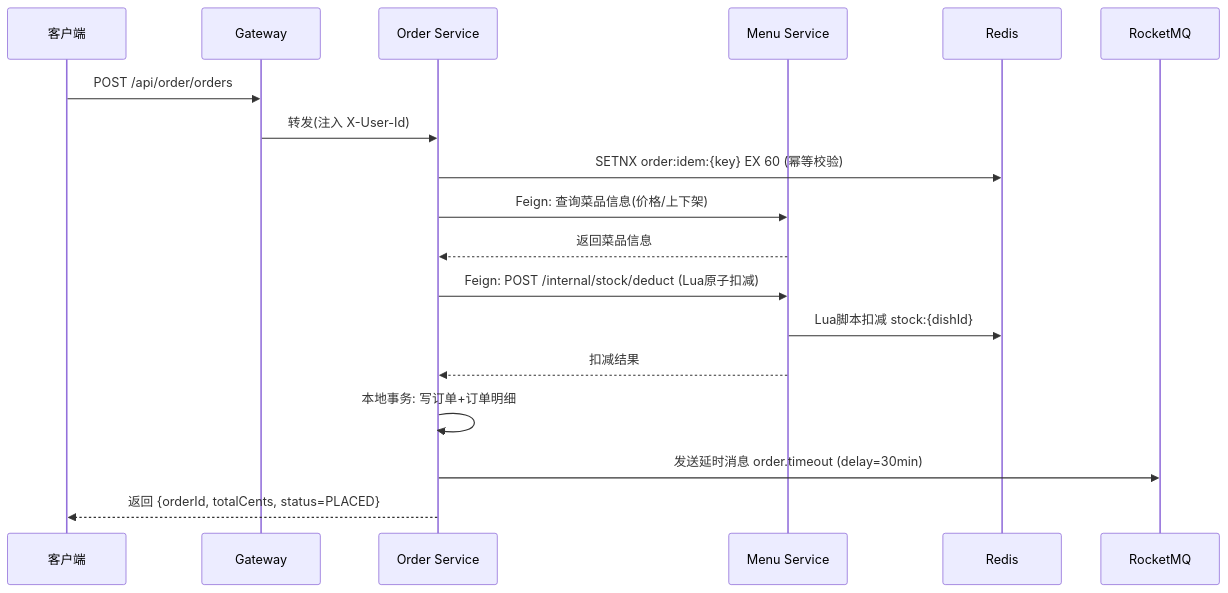
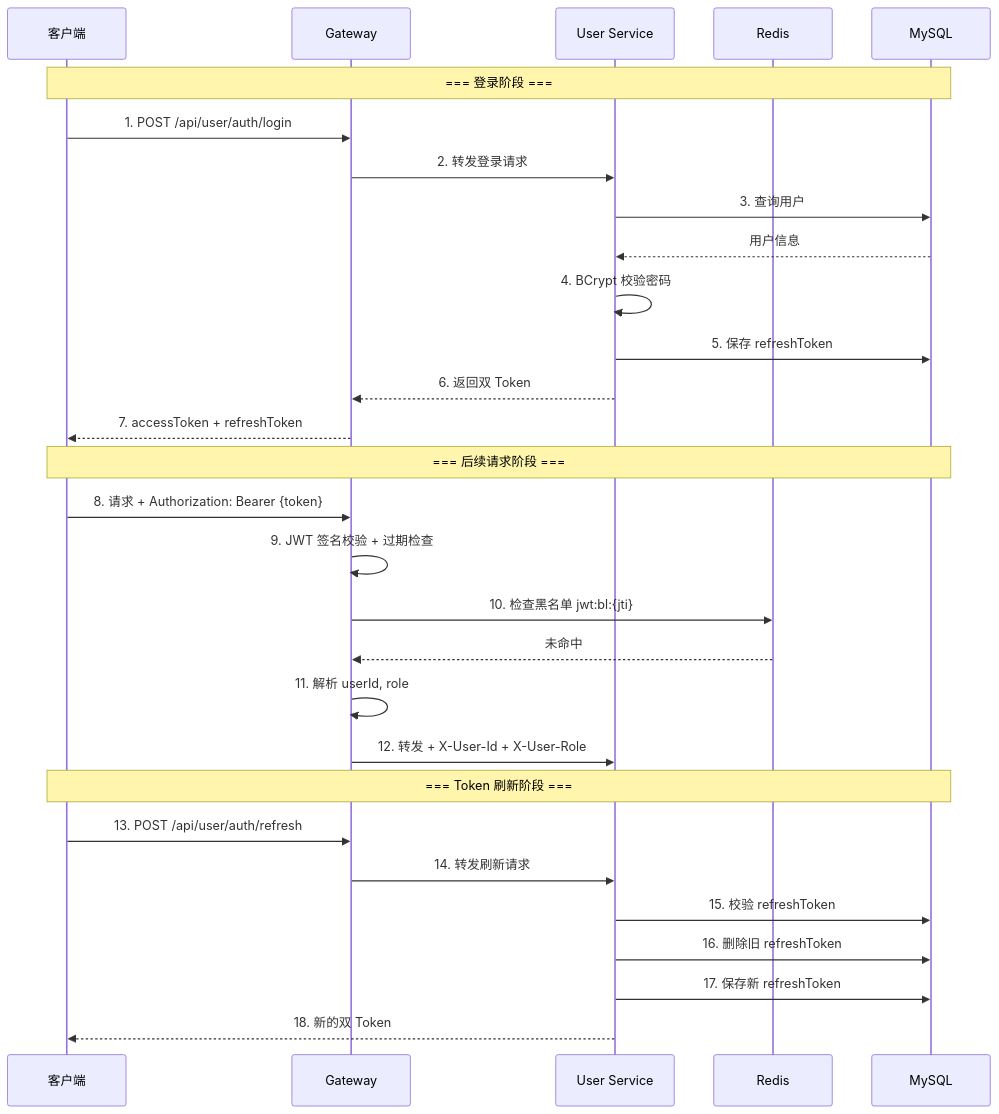
The fourth of 9 diagrams in docs/架构设计文档.md (zhyzx35607/smart-canteen-microservices), drawn with Mermaid before and after one commit. The commit also changed other lines of this file and 24 other files, not shown here.

First line of the commit message:
feat: 前端三端拆分、文档Mermaid化、后端完善

````diff
--- a/docs/架构设计文档.md
+++ b/docs/架构设计文档.md
@@ -134,21 +216,34 @@
 ```mermaid
 sequenceDiagram
     participant C as 客户端
-    participant G as Gateway
-    participant O as Order Service
-    participant M as Menu Service
+    participant GW as Gateway
+    participant US as User Service
     participant R as Redis
-    participant MQ as RocketMQ
+    participant DB as MySQL
 
-    C->>G: POST /api/order/orders
-    G->>O: 转发(注入 X-User-Id)
-    O->>R: SETNX order:idem:{key} EX 60 (幂等校验)
-    O->>M: Feign: 查询菜品信息(价格/上下架)
-    M-->>O: 返回菜品信息
-    O->>M: Feign: POST /internal/stock/deduct (Lua原子扣减)
-    M->>R: Lua脚本扣减 stock:{dishId}
-    M-->>O: 扣减结果
-    O->>O: 本地事务: 写订单+订单明细
-    O->>MQ: 发送延时消息 order.timeout (delay=30min)
-    O-->>C: 返回 {orderId, totalCents, status=PLACED}
+    Note over C,DB: === 登录阶段 ===
+    C->>GW: 1. POST /api/user/auth/login
+    GW->>US: 2. 转发登录请求
+    US->>DB: 3. 查询用户
+    DB-->>US: 用户信息
+    US->>US: 4. BCrypt 校验密码
+    US->>DB: 5. 保存 refreshToken
+    US-->>GW: 6. 返回双 Token
+    GW-->>C: 7. accessToken + refreshToken
+
+    Note over C,DB: === 后续请求阶段 ===
+    C->>GW: 8. 请求 + Authorization: Bearer {token}
+    GW->>GW: 9. JWT 签名校验 + 过期检查
+    GW->>R: 10. 检查黑名单 jwt:bl:{jti}
+    R-->>GW: 未命中
+    GW->>GW: 11. 解析 userId, role
+    GW->>US: 12. 转发 + X-User-Id + X-User-Role
+
+    Note over C,DB: === Token 刷新阶段 ===
+    C->>GW: 13. POST /api/user/auth/refresh
+    GW->>US: 14. 转发刷新请求
+    US->>DB: 15. 校验 refreshToken
+    US->>DB: 16. 删除旧 refreshToken
+    US->>DB: 17. 保存新 refreshToken
+    US-->>C: 18. 新的双 Token
 ```
````
